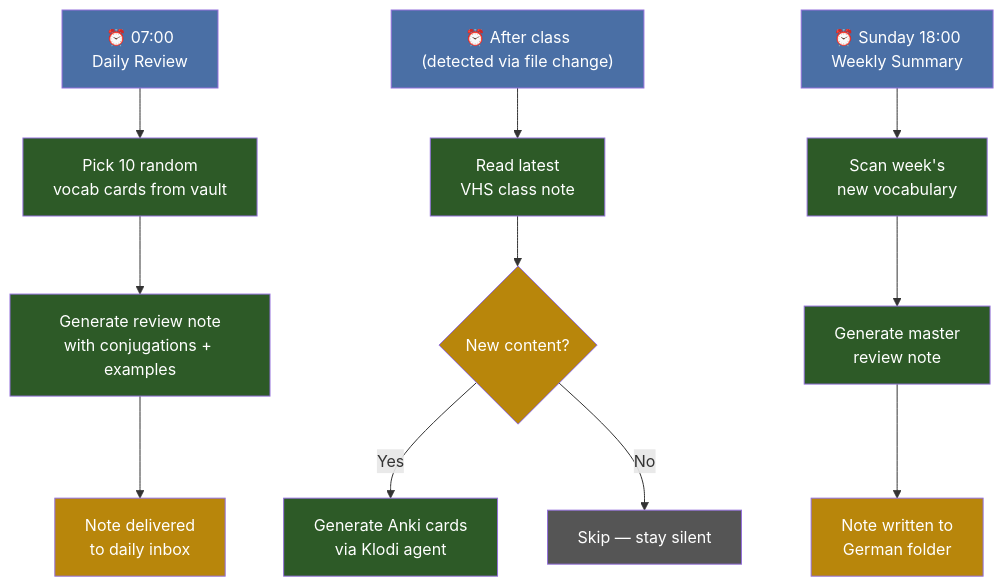
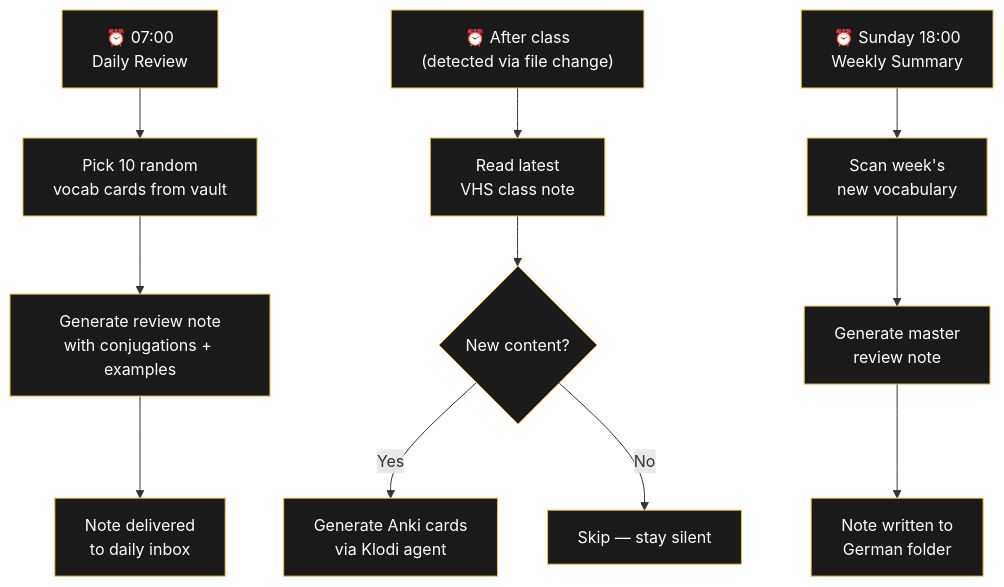
Before and after one commit to raulmina1/quartz-garden: the second of 3 diagrams in content/Projekte/Cron Shop.md, drawn with Mermaid. The commit also changed other lines of this file and 13 other files, not shown here.

Commit message:
all 10 improvements: dark flowcharts, Plausible analytics, favicon, CNAME for domain, OG images already active

````diff
--- a/content/Projekte/Cron Shop.md
+++ b/content/Projekte/Cron Shop.md
@@ -80,29 +80,29 @@
 ```mermaid
 flowchart TD
     A["⏰ 07:00<br/>Daily Review"] --> B[Pick 10 random<br/>vocab cards from vault]
     B --> C[Generate review note<br/>with conjugations + examples]
     C --> D[Note delivered<br/>to daily inbox]
     
     E["⏰ After class<br/>(detected via file change)"] --> F[Read latest<br/>VHS class note]
     F --> G{New content?}
     G -->|Yes| H[Generate Anki cards<br/>via Klodi agent]
     G -->|No| I[Skip — stay silent]
     
     J["⏰ Sunday 18:00<br/>Weekly Summary"] --> K[Scan week's<br/>new vocabulary]
     K --> L[Generate master<br/>review note]
     L --> M[Note written to<br/>German folder]
     
-    style A fill:#4a6fa5,color:#fff
-    style B fill:#2d5a27,color:#fff
-    style C fill:#2d5a27,color:#fff
-    style D fill:#b8860b,color:#fff
-    style E fill:#4a6fa5,color:#fff
-    style F fill:#2d5a27,color:#fff
-    style G fill:#b8860b,color:#fff
-    style H fill:#2d5a27,color:#fff
-    style I fill:#555,color:#fff
-    style J fill:#4a6fa5,color:#fff
-    style K fill:#2d5a27,color:#fff
-    style L fill:#2d5a27,color:#fff
-    style M fill:#b8860b,color:#fff
+    style A fill:#1a1a1a,stroke:#f0c040,color:#fff
+    style B fill:#1a1a1a,stroke:#f0c040,color:#fff
+    style C fill:#1a1a1a,stroke:#f0c040,color:#fff
+    style D fill:#1a1a1a,stroke:#f0c040,color:#fff
+    style E fill:#1a1a1a,stroke:#f0c040,color:#fff
+    style F fill:#1a1a1a,stroke:#f0c040,color:#fff
+    style G fill:#1a1a1a,stroke:#f0c040,color:#fff
+    style H fill:#1a1a1a,stroke:#f0c040,color:#fff
+    style I fill:#1a1a1a,stroke:#f0c040,color:#fff
+    style J fill:#1a1a1a,stroke:#f0c040,color:#fff
+    style K fill:#1a1a1a,stroke:#f0c040,color:#fff
+    style L fill:#1a1a1a,stroke:#f0c040,color:#fff
+    style M fill:#1a1a1a,stroke:#f0c040,color:#fff
 ```
````
